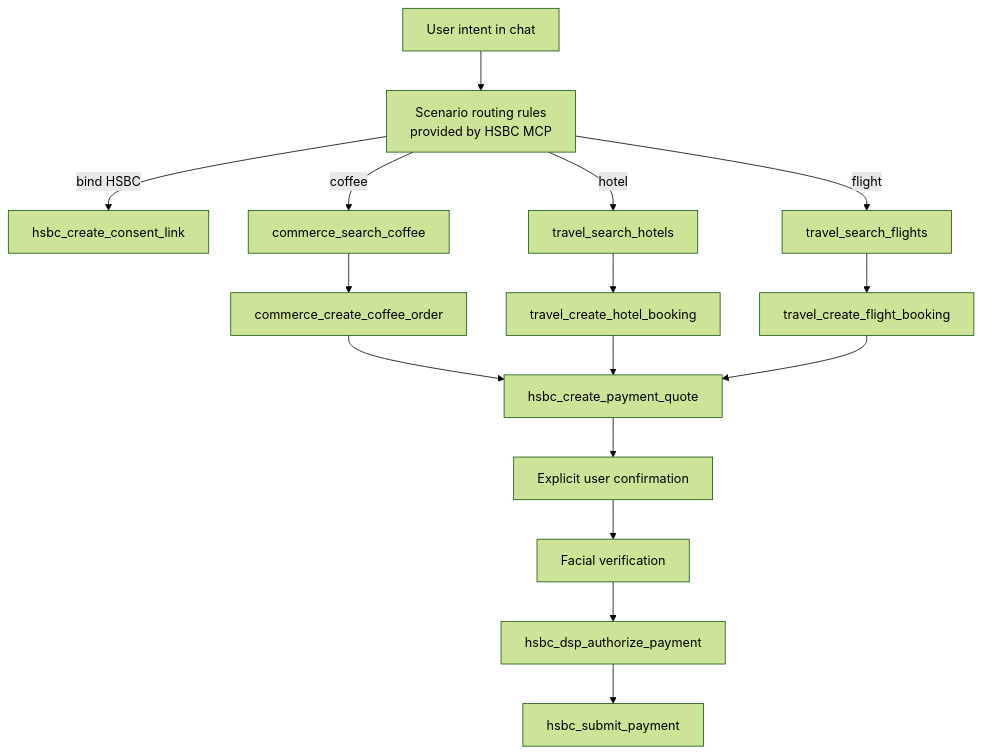
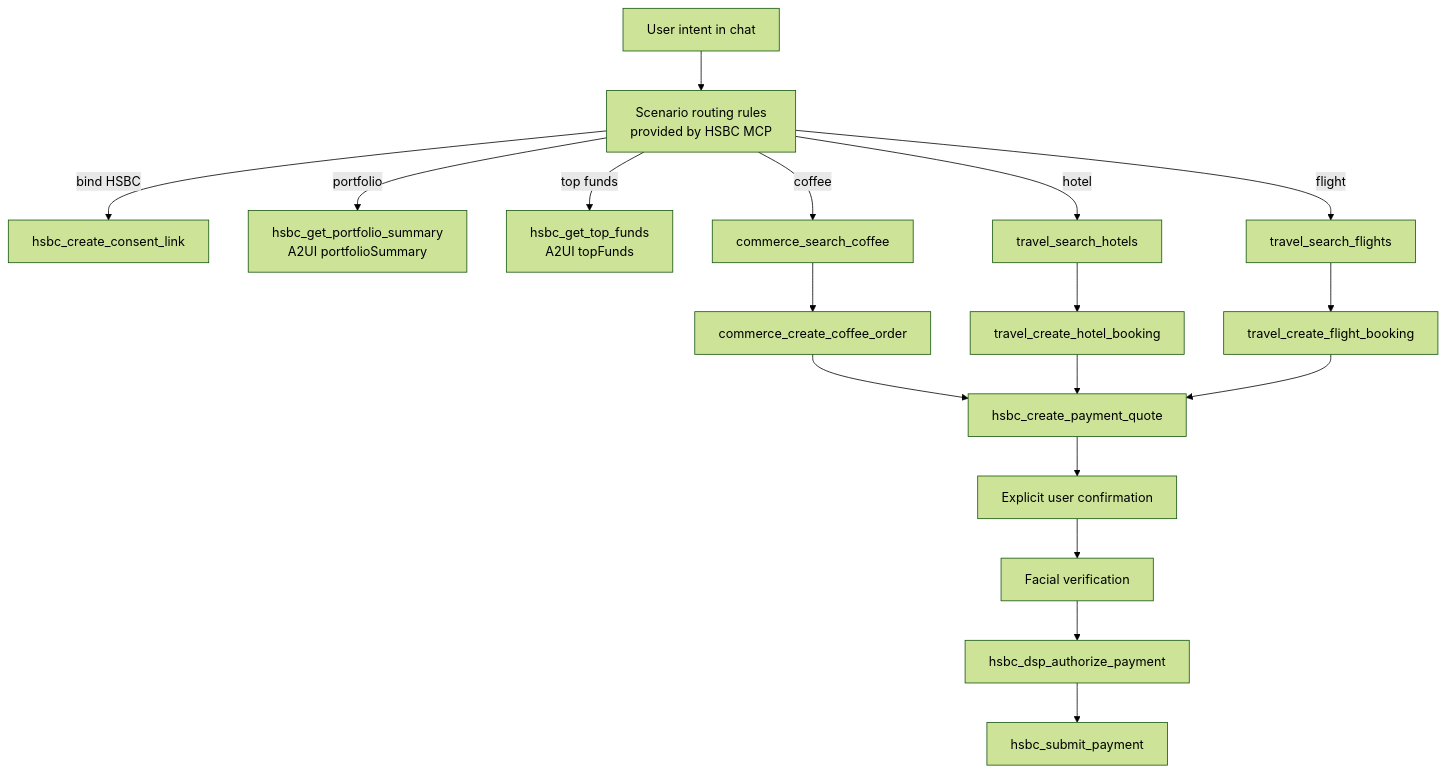
Before and after one commit to EdwardLMH/LLMChatIntegration: the sixth of 8 diagrams in DESIGN.md, drawn with Mermaid (forest theme). The commit also changed other lines of this file and 35 other files, not shown here.

````diff
--- a/DESIGN.md
+++ b/DESIGN.md
@@ -205,24 +256,28 @@
 ```mermaid
 flowchart TD
     Intent[User intent in chat]
     Router[Scenario routing rules<br/>provided by HSBC MCP]
     Consent[hsbc_create_consent_link]
+    Portfolio[hsbc_get_portfolio_summary<br/>A2UI portfolioSummary]
+    TopFunds[hsbc_get_top_funds<br/>A2UI topFunds]
     CoffeeSearch[commerce_search_coffee]
     CoffeeOrder[commerce_create_coffee_order]
     HotelSearch[travel_search_hotels]
     HotelBooking[travel_create_hotel_booking]
     FlightSearch[travel_search_flights]
     FlightBooking[travel_create_flight_booking]
     Quote[hsbc_create_payment_quote]
     Confirm[Explicit user confirmation]
     Biometric[Facial verification]
     DSP[hsbc_dsp_authorize_payment]
     Submit[hsbc_submit_payment]
 
     Intent --> Router
     Router -->|bind HSBC| Consent
+    Router -->|portfolio| Portfolio
+    Router -->|top funds| TopFunds
     Router -->|coffee| CoffeeSearch --> CoffeeOrder --> Quote
     Router -->|hotel| HotelSearch --> HotelBooking --> Quote
     Router -->|flight| FlightSearch --> FlightBooking --> Quote
     Quote --> Confirm --> Biometric --> DSP --> Submit
 ```
````
